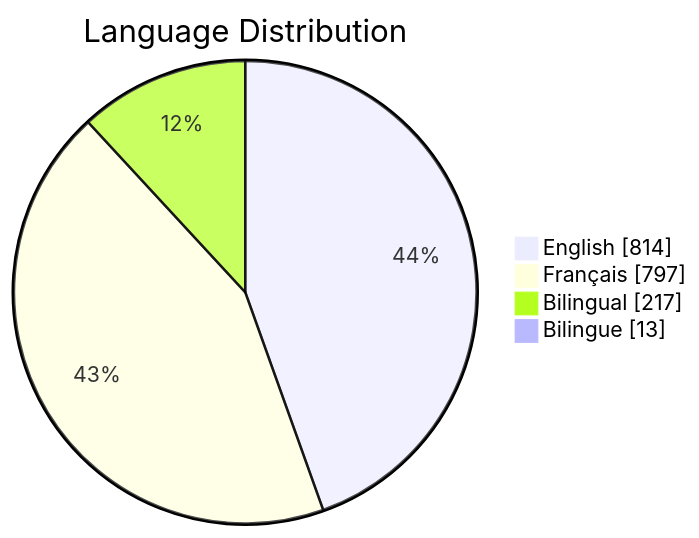
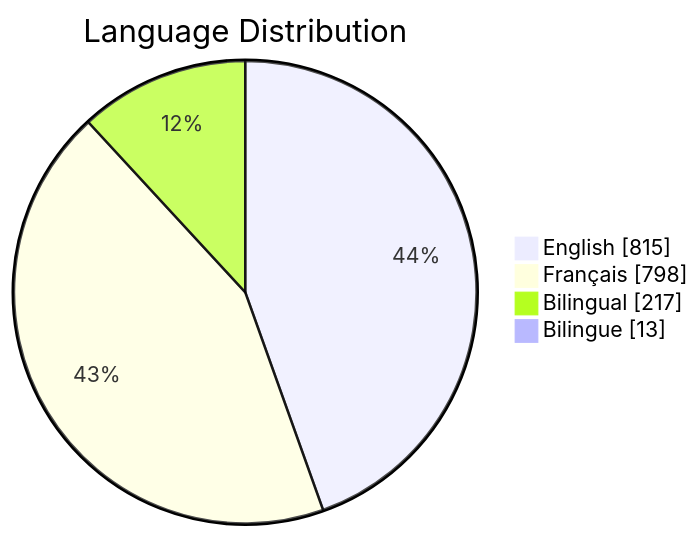
Before and after one commit to PatLittle/GC-Socials: the third of 6 diagrams in README.md, drawn with Mermaid. The commit also changed other lines of this file, not shown here.

Commit message:
Update README with Platform Distribution pie chart

````diff
--- a/README.md
+++ b/README.md
@@ -65,7 +65,7 @@
 ```mermaid
 pie showData title Language Distribution
-    "English": 814
-    "Français": 797
+    "English": 815
+    "Français": 798
     "Bilingual": 217
     "Bilingue": 13
 ```
````
